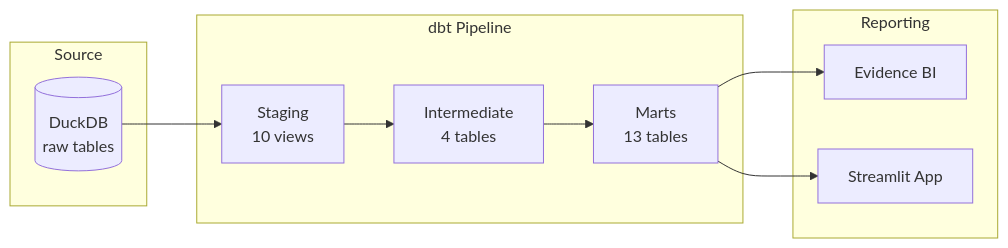
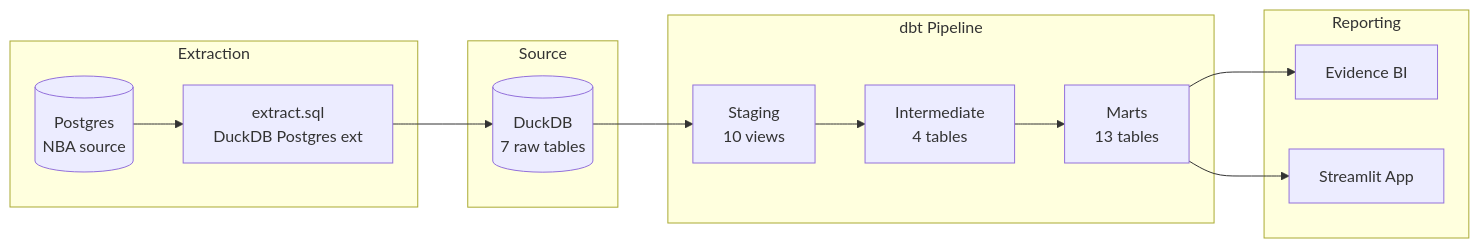
Before and after one commit to nprasad2077/dbt_sample: the first of 2 diagrams in .agents/summary/architecture.md, drawn with Mermaid. The commit also changed other lines of this file and 12 other files, not shown here.

Commit message:
charts update

````diff
--- a/.agents/summary/architecture.md
+++ b/.agents/summary/architecture.md
@@ -7,21 +7,21 @@
 ```mermaid
 graph LR
+    subgraph Extraction
+        PG[(Postgres<br/>NBA source)] --> EXT[extract.sql<br/>DuckDB Postgres ext]
+    end
+
     subgraph Source
-        DuckDB[(DuckDB<br/>raw tables)]
+        EXT --> DuckDB[(DuckDB<br/>7 raw tables)]
     end
 
     subgraph dbt Pipeline
-        STG[Staging<br/>10 views]
-        INT[Intermediate<br/>4 tables]
-        MARTS[Marts<br/>13 tables]
+        DuckDB --> STG[Staging<br/>10 views]
+        STG --> INT[Intermediate<br/>4 tables]
+        INT --> MARTS[Marts<br/>13 tables]
     end
 
     subgraph Reporting
-        EV[Evidence BI]
-        ST[Streamlit App]
+        MARTS --> EV[Evidence BI]
+        MARTS --> ST[Streamlit App]
     end
-
-    DuckDB --> STG --> INT --> MARTS
-    MARTS --> EV
-    MARTS --> ST
 ```
````
